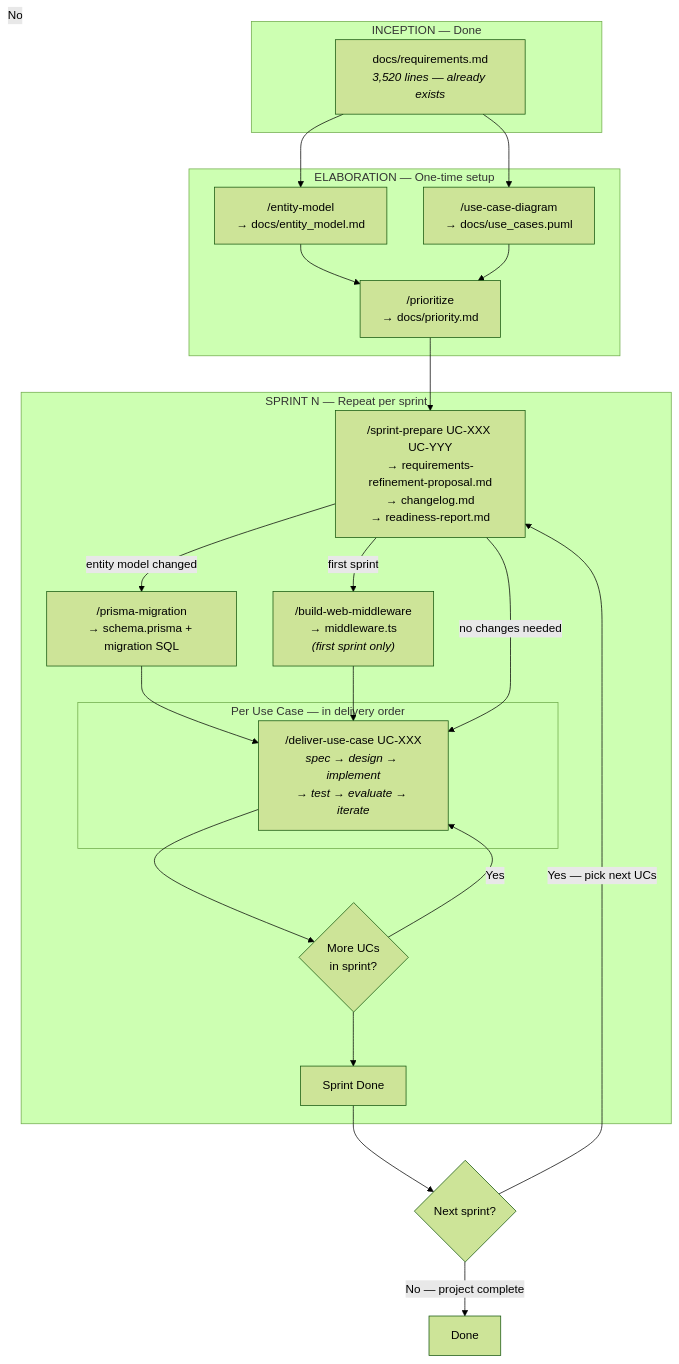
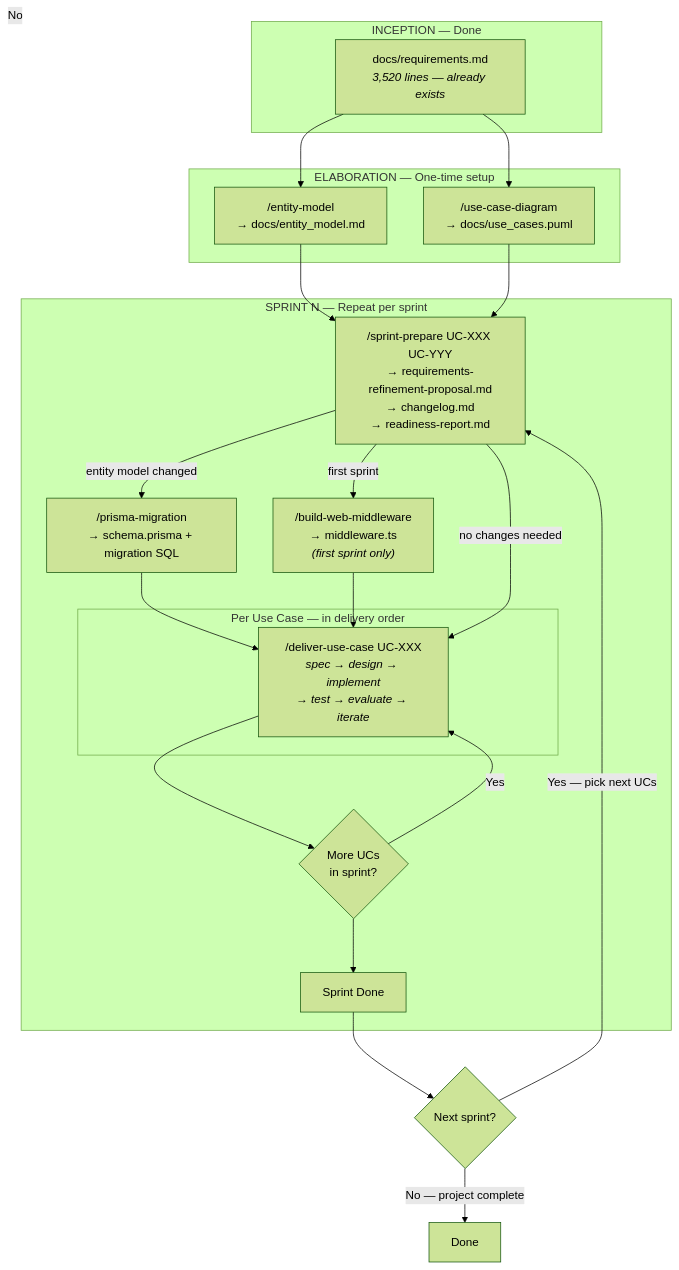
The diagram in dry-run-project/docs/pipeline-overview.md (nexadevapp/nexa-claude-skills-marketplace), drawn with Mermaid (forest theme) before and after one commit. The commit also changed other lines of this file and 6 other files, not shown here.

````diff
--- a/dry-run-project/docs/pipeline-overview.md
+++ b/dry-run-project/docs/pipeline-overview.md
@@ -5,46 +5,43 @@
 ```mermaid
 graph TD
     subgraph "INCEPTION — Done"
         REQ["docs/requirements.md<br/><i>3,520 lines — already exists</i>"]
     end
 
     subgraph "ELABORATION — One-time setup"
         EM["/entity-model<br/>→ docs/entity_model.md"]
         UCD["/use-case-diagram<br/>→ docs/use_cases.puml"]
-        PRI["/prioritize<br/>→ docs/priority.md"]
     end
 
     subgraph "SPRINT N — Repeat per sprint"
         PS["/sprint-prepare UC-XXX UC-YYY<br/>→ requirements-refinement-proposal.md<br/>→ changelog.md<br/>→ readiness-report.md"]
 
         PM["/prisma-migration<br/>→ schema.prisma + migration SQL"]
         MW["/build-web-middleware<br/>→ middleware.ts<br/><i>(first sprint only)</i>"]
 
         subgraph "Per Use Case — in delivery order"
             DUC["/deliver-use-case UC-XXX<br/><i>spec → design → implement<br/>→ test → evaluate → iterate</i>"]
         end
 
         NEXT{"More UCs<br/>in sprint?"}
         SPRINT_DONE["Sprint Done"]
     end
 
     NEXT_SPRINT{"Next sprint?"}
 
     REQ --> EM
     REQ --> UCD
-    EM --> PRI
-    UCD --> PRI
-
-    PRI --> PS
+    EM --> PS
+    UCD --> PS
     PS -->|"entity model changed"| PM
     PS -->|"first sprint"| MW
     PM --> DUC
     MW --> DUC
     PS -->|"no changes needed"| DUC
     DUC --> NEXT
     NEXT -->|Yes| DUC
     NEXT -->|No| SPRINT_DONE
     SPRINT_DONE --> NEXT_SPRINT
     NEXT_SPRINT -->|"Yes — pick next UCs"| PS
     NEXT_SPRINT -->|"No — project complete"| DONE["Done"]
 ```
````
